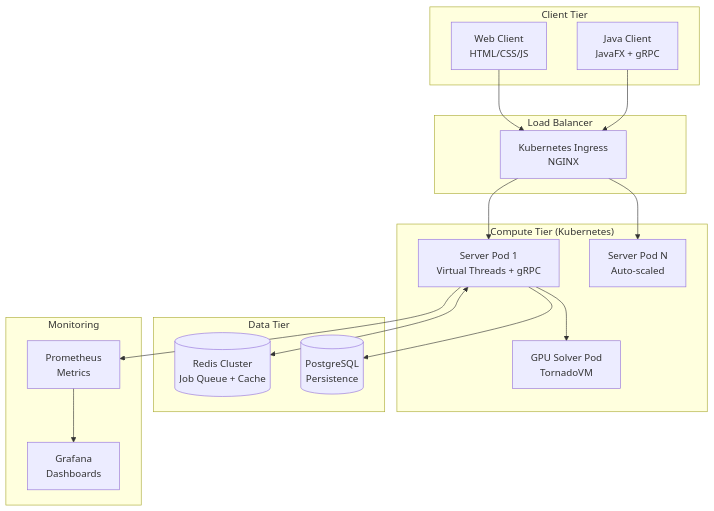
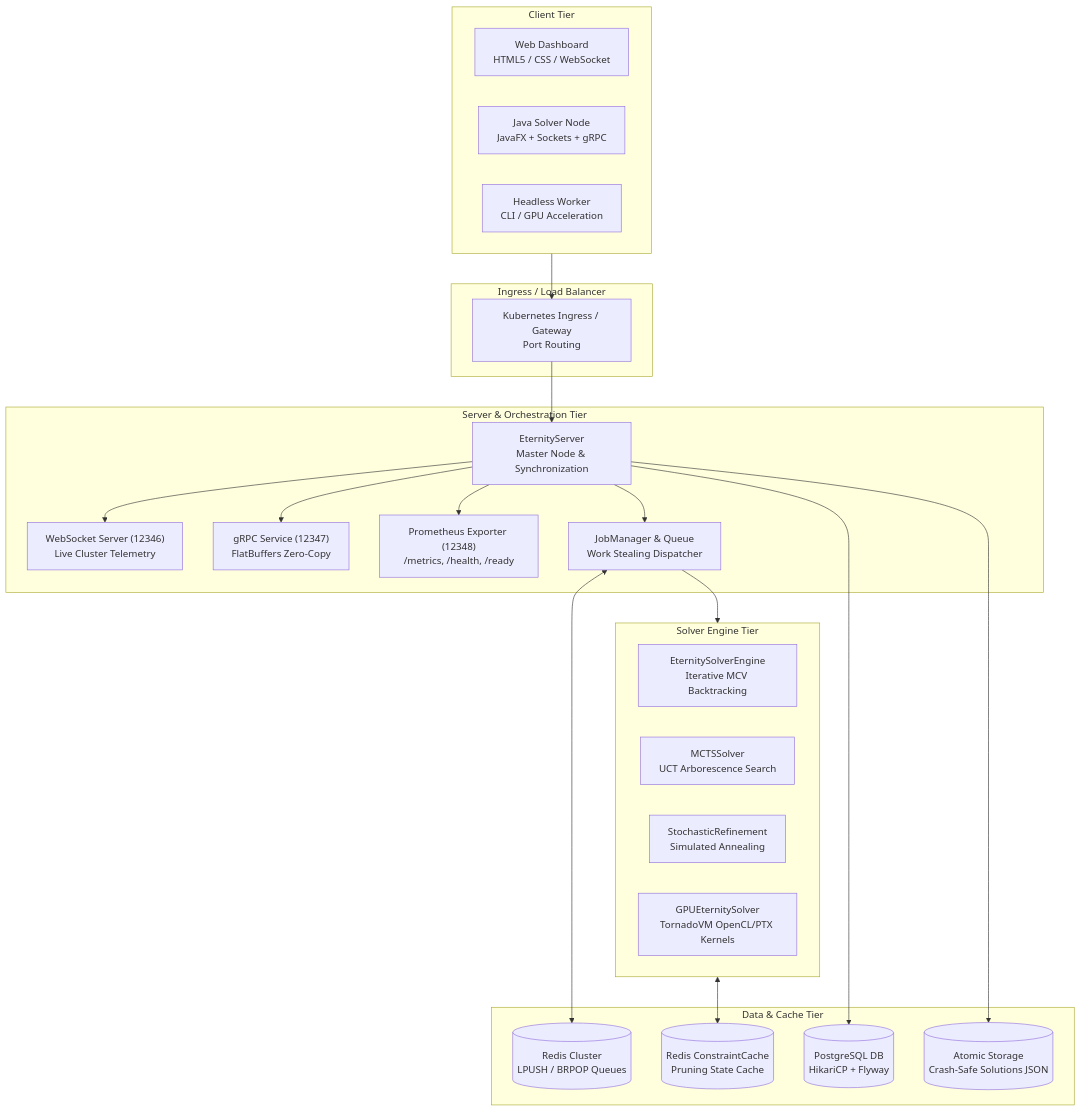
The diagram in ARCHITECTURE.md (silveremartin-dev/Eternity), drawn with Mermaid before and after one commit. The commit also changed other lines of this file and 9 other files, not shown here.

````diff
--- a/ARCHITECTURE.md
+++ b/ARCHITECTURE.md
@@ -24,37 +17,47 @@
 ```mermaid
 graph TB
-    subgraph "Client Tier"
-        WebClient[Web Client<br/>HTML/CSS/JS]
-        JavaClient[Java Client<br/>JavaFX + gRPC]
+    subgraph Clients ["Client Tier"]
+        WebClient["Web Dashboard<br/>HTML5 / CSS / WebSocket"]
+        JavaClient["Java Solver Node<br/>JavaFX + Sockets + gRPC"]
+        WorkerNode["Headless Worker<br/>CLI / GPU Acceleration"]
     end
-    
-    subgraph "Load Balancer"
-        Ingress[Kubernetes Ingress<br/>NGINX]
+
+    subgraph LoadBalancer ["Ingress / Load Balancer"]
+        Ingress["Kubernetes Ingress / Gateway<br/>Port Routing"]
     end
-    
-    subgraph "Compute Tier (Kubernetes)"
-        ServerPod1[Server Pod 1<br/>Virtual Threads + gRPC]
-        ServerPod2[Server Pod N<br/>Auto-scaled]
-        GPUPod1[GPU Solver Pod<br/>TornadoVM]
+
+    subgraph ServerCluster ["Server & Orchestration Tier"]
+        ServerCore["EternityServer<br/>Master Node & Synchronization"]
+        WSServer["WebSocket Server (12346)<br/>Live Cluster Telemetry"]
+        GRPCServer["gRPC Service (12347)<br/>FlatBuffers Zero-Copy"]
+        MetricsServer["Prometheus Exporter (12348)<br/>/metrics, /health, /ready"]
+        JobMgr["JobManager & Queue<br/>Work Stealing Dispatcher"]
     end
-    
-    subgraph "Data Tier"
-        Redis[(Redis Cluster<br/>Job Queue + Cache)]
-        PostgreSQL[(PostgreSQL<br/>Persistence)]
+
+    subgraph SolversTier ["Solver Engine Tier"]
+        Engine["EternitySolverEngine<br/>Iterative MCV Backtracking"]
+        MCTS["MCTSSolver<br/>UCT Arborescence Search"]
+        Stoch["StochasticRefinement<br/>Simulated Annealing"]
+        GPU["GPUEternitySolver<br/>TornadoVM OpenCL/PTX Kernels"]
     end
-    
-    subgraph "Monitoring"
-        Prometheus[Prometheus<br/>Metrics]
-        Grafana[Grafana<br/>Dashboards]
+
+    subgraph DataStorage ["Data & Cache Tier"]
+        RedisQueue[("Redis Cluster<br/>LPUSH / BRPOP Queues")]
+        RedisCache[("Redis ConstraintCache<br/>Pruning State Cache")]
+        Postgres[("PostgreSQL DB<br/>HikariCP + Flyway")]
+        AtomicJSON[("Atomic Storage<br/>Crash-Safe Solutions JSON")]
     end
-    
-    WebClient --> Ingress
-    JavaClient --> Ingress
-    Ingress --> ServerPod1
-    Ingress --> ServerPod2
-    ServerPod1 --> GPUPod1
-    ServerPod1 <--> Redis
-    ServerPod1 --> PostgreSQL
-    ServerPod1 --> Prometheus
-    Prometheus --> Grafana
+
+    Clients --> Ingress
+    Ingress --> ServerCore
+    ServerCore --> WSServer
+    ServerCore --> GRPCServer
+    ServerCore --> MetricsServer
+    ServerCore --> JobMgr
+
+    JobMgr --> SolversTier
+    JobMgr <--> RedisQueue
+    SolversTier <--> RedisCache
+    ServerCore --> Postgres
+    ServerCore --> AtomicJSON
 ```
````
